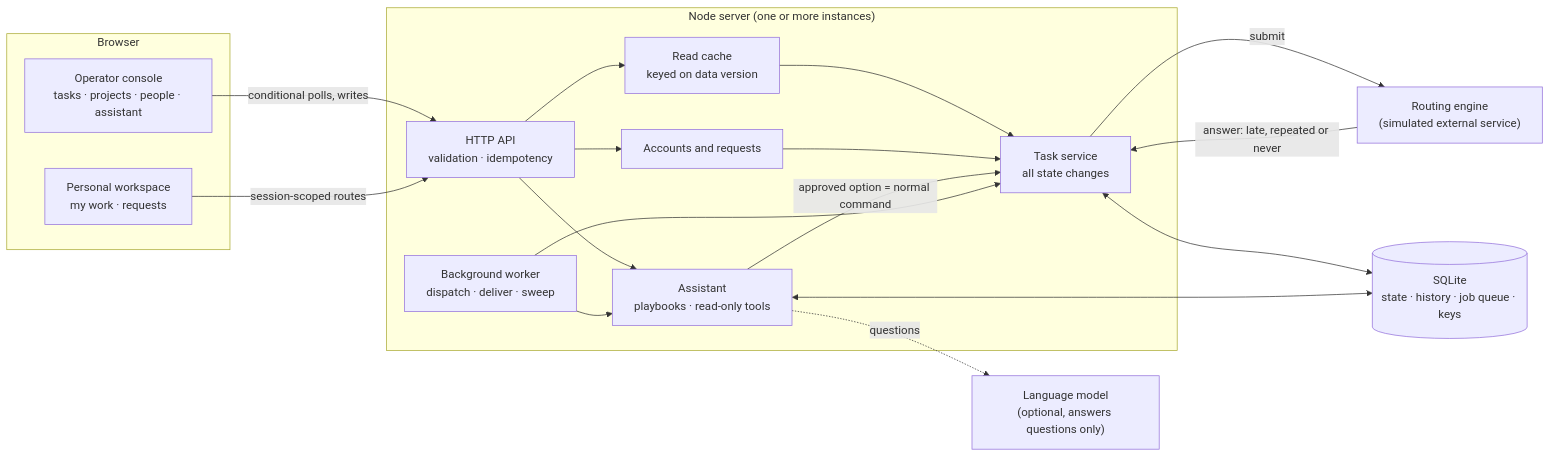
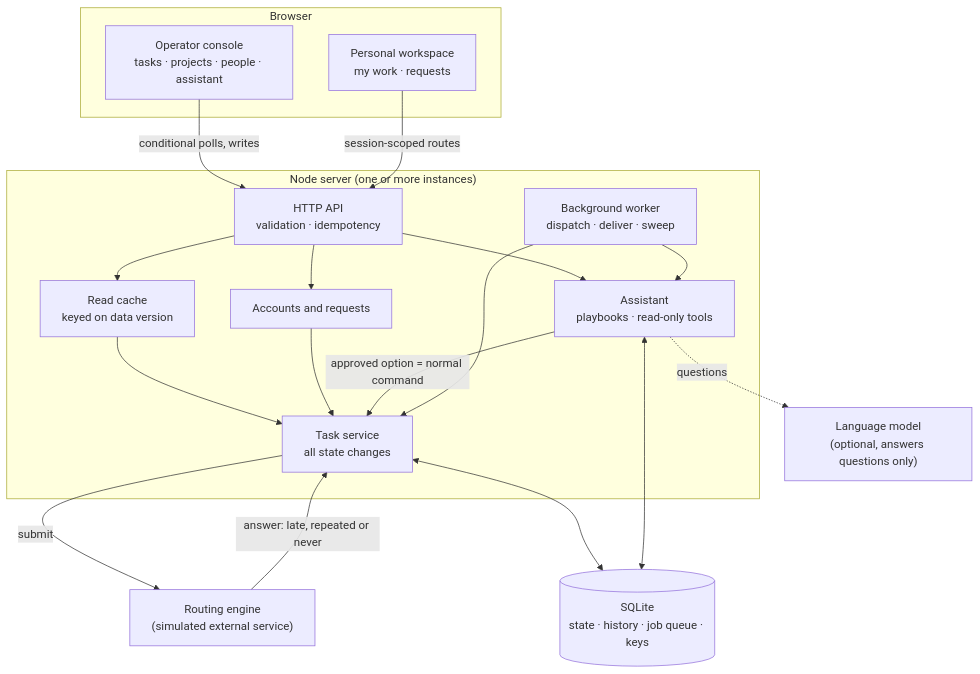
Before and after one commit to Ashu200804/task-router: the first of 7 diagrams in README.md, drawn with Mermaid.

Commit message:
Lay out the system diagram top to bottom for readability

````diff
--- a/README.md
+++ b/README.md
@@ -27,34 +27,34 @@
 ```mermaid
-flowchart LR
+flowchart TB
   subgraph Browser
     OC["Operator console<br/>tasks · projects · people · assistant"]
     PW["Personal workspace<br/>my work · requests"]
   end
 
   subgraph Server["Node server (one or more instances)"]
     API["HTTP API<br/>validation · idempotency"]
     CACHE["Read cache<br/>keyed on data version"]
     CORE["Task service<br/>all state changes"]
     PEOPLE["Accounts and requests"]
     AGENT["Assistant<br/>playbooks · read-only tools"]
     WORKER["Background worker<br/>dispatch · deliver · sweep"]
   end
 
   DB[("SQLite<br/>state · history · job queue · keys")]
   ENGINE["Routing engine<br/>(simulated external service)"]
   MODEL["Language model<br/>(optional, answers questions only)"]
 
   OC -- "conditional polls, writes" --> API
   PW -- "session-scoped routes" --> API
   API --> CACHE --> CORE
   API --> PEOPLE --> CORE
   API --> AGENT
   AGENT -- "approved option = normal command" --> CORE
   AGENT -. "questions" .-> MODEL
   WORKER --> CORE
   WORKER --> AGENT
   CORE <--> DB
   AGENT <--> DB
   CORE -- "submit" --> ENGINE
   ENGINE -- "answer: late, repeated or never" --> CORE
 ```
````
